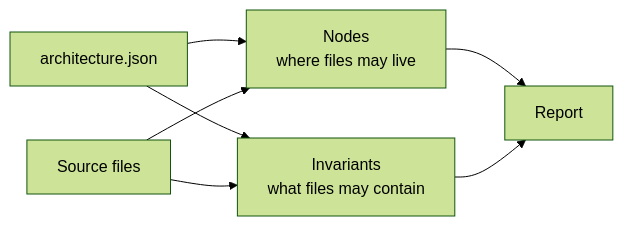
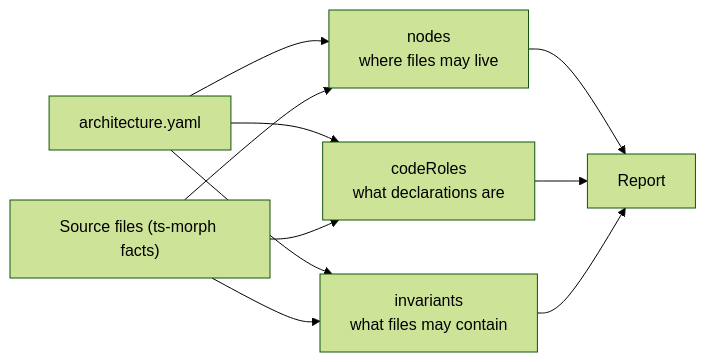
Before and after one commit to DrBoria/follow-architecture: the diagram in README.md, drawn with Mermaid (forest theme). The commit also changed other lines of this file and 49 other files, not shown here.

````diff
--- a/README.md
+++ b/README.md
@@ -10,9 +16,12 @@
 ```mermaid
 flowchart LR
-    A["architecture.json"] --> N["Nodes<br/>where files may live"]
-    A --> I["Invariants<br/>what files may contain"]
-    F["Source files"] --> N
+    Y["architecture.yaml"] --> N["nodes<br/>where files may live"]
+    Y --> R["codeRoles<br/>what declarations are"]
+    Y --> I["invariants<br/>what files may contain"]
+    F["Source files (ts-morph facts)"] --> N
+    F --> R
     F --> I
-    N --> R["Report"]
-    I --> R
+    N --> O["Report"]
+    R --> O
+    I --> O
 ```
````
